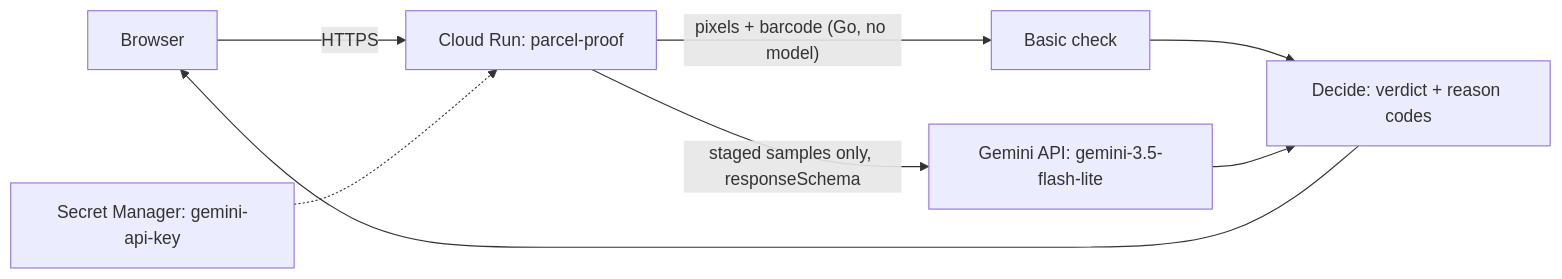
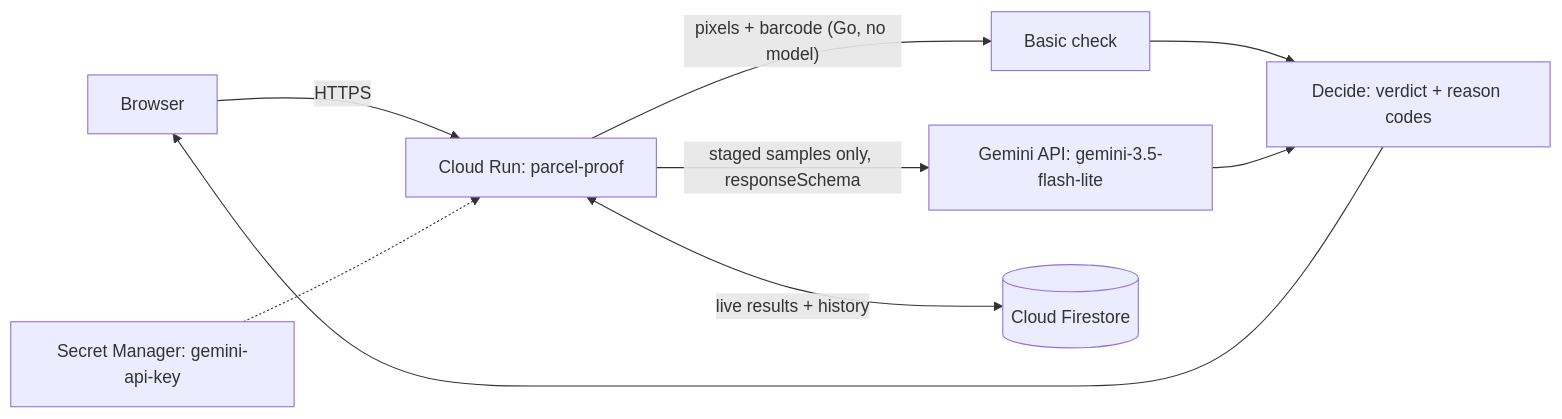
The diagram in README.md (jeejak/parcel-proof), drawn with Mermaid before and after one commit. The commit also changed other lines of this file and 4 other files, not shown here.

````diff
--- a/README.md
+++ b/README.md
@@ -64,10 +64,11 @@
 ```mermaid
 flowchart LR
   B[Browser] -->|HTTPS| CR[Cloud Run: parcel-proof]
   CR -->|"pixels + barcode (Go, no model)"| BC[Basic check]
   CR -->|"staged samples only, responseSchema"| G[Gemini API: gemini-3.5-flash-lite]
   SM[Secret Manager: gemini-api-key] -.-> CR
+  CR <-->|"live results + history"| FS[(Cloud Firestore)]
   BC --> D[Decide: verdict + reason codes]
   G --> D
   D --> B
 ```
````
